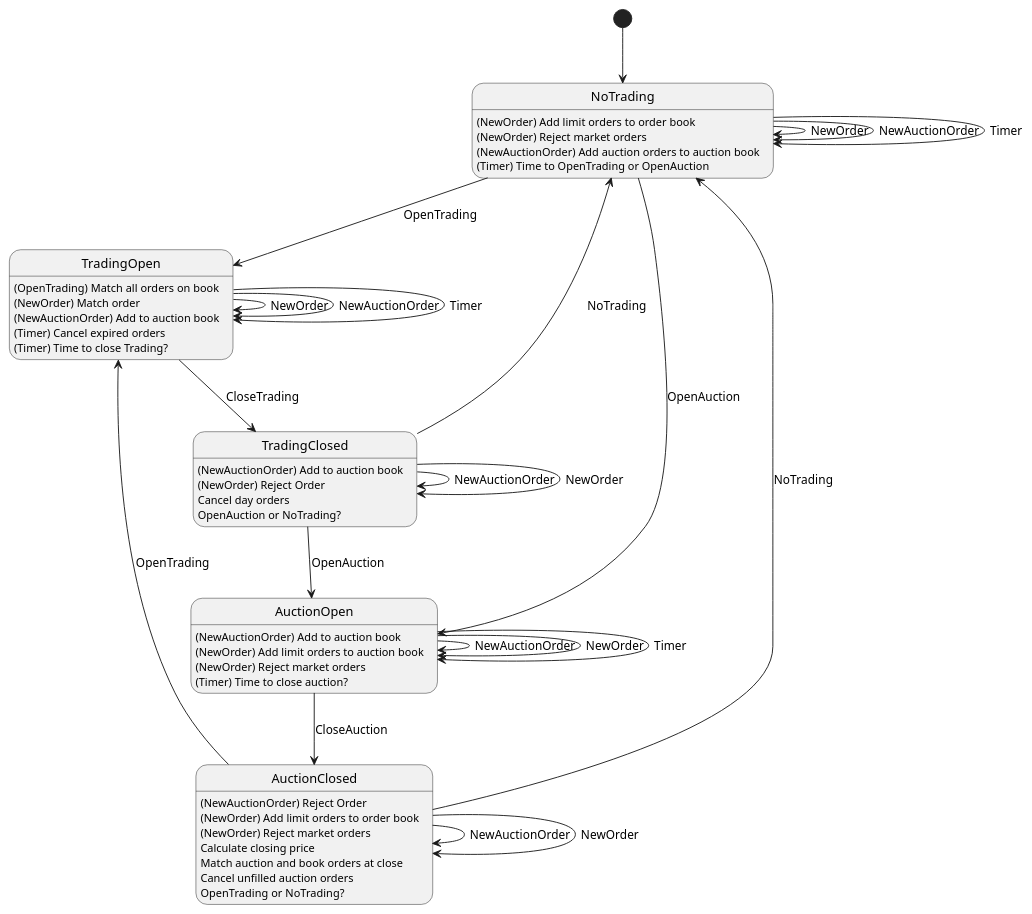
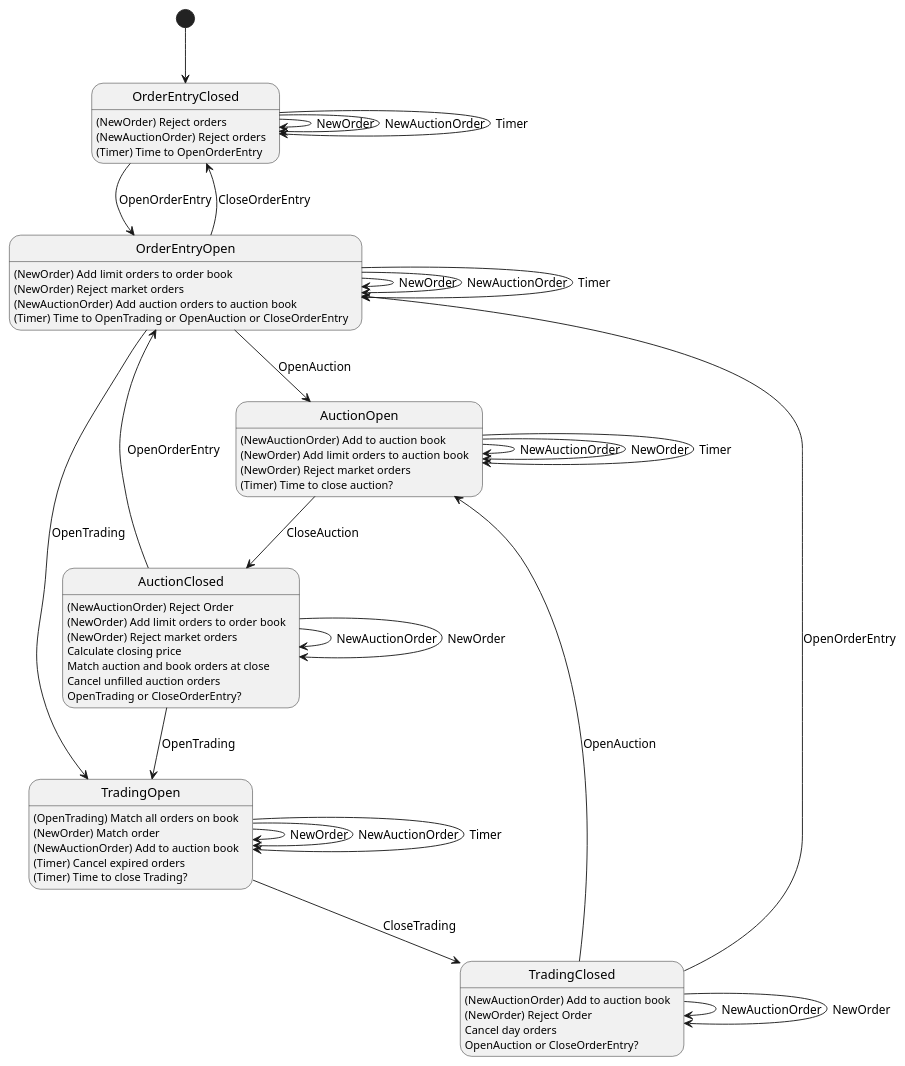
One commit to systematicmethods/orderbook changed the diagram in doc/OrderBook State.puml. Above: the diagram before and after it, drawn with PlantUML. The commit also changed 9 other files, not shown here.

Commit message:
feat: all trading closed and order entry open states

```diff
--- a/doc/OrderBook State.puml
+++ b/doc/OrderBook State.puml
@@ -1,53 +1,63 @@
 @startuml
-[*] --> NoTrading
-NoTrading --> TradingOpen: OpenTrading
-NoTrading --> AuctionOpen: OpenAuction
-NoTrading --> NoTrading: NewOrder
-NoTrading --> NoTrading: NewAuctionOrder
-NoTrading --> NoTrading: Timer
-NoTrading: (NewOrder) Add limit orders to order book
-NoTrading: (NewOrder) Reject market orders
-NoTrading: (NewAuctionOrder) Add auction orders to auction book
-NoTrading: (Timer) Time to OpenTrading or OpenAuction
+[*] --> OrderEntryClosed
+OrderEntryClosed --> OrderEntryOpen : OpenOrderEntry
+OrderEntryClosed --> OrderEntryClosed: NewOrder
+OrderEntryClosed --> OrderEntryClosed: NewAuctionOrder
+OrderEntryClosed --> OrderEntryClosed: Timer
+OrderEntryClosed: (NewOrder) Reject orders
+OrderEntryClosed: (NewAuctionOrder) Reject orders
+OrderEntryClosed: (Timer) Time to OpenOrderEntry
+
+
+OrderEntryOpen --> TradingOpen: OpenTrading
+OrderEntryOpen --> AuctionOpen: OpenAuction
+OrderEntryOpen --> OrderEntryClosed: CloseOrderEntry
+OrderEntryOpen --> OrderEntryOpen: NewOrder
+OrderEntryOpen --> OrderEntryOpen: NewAuctionOrder
+OrderEntryOpen --> OrderEntryOpen: Timer
+OrderEntryOpen: (NewOrder) Add limit orders to order book
+OrderEntryOpen: (NewOrder) Reject market orders
+OrderEntryOpen: (NewAuctionOrder) Add auction orders to auction book
+OrderEntryOpen: (Timer) Time to OpenTrading or OpenAuction or CloseOrderEntry
 
 TradingOpen --> TradingOpen: NewOrder
 TradingOpen --> TradingOpen: NewAuctionOrder
 TradingOpen --> TradingOpen: Timer
 TradingOpen --> TradingClosed: CloseTrading
 TradingOpen: (OpenTrading) Match all orders on book
 TradingOpen: (NewOrder) Match order
 TradingOpen: (NewAuctionOrder) Add to auction book
 TradingOpen: (Timer) Cancel expired orders
 TradingOpen: (Timer) Time to close Trading?
 
 AuctionOpen --> AuctionClosed: CloseAuction
 AuctionOpen --> AuctionOpen: NewAuctionOrder
 AuctionOpen --> AuctionOpen: NewOrder
 AuctionOpen --> AuctionOpen: Timer
 AuctionOpen: (NewAuctionOrder) Add to auction book
 AuctionOpen: (NewOrder) Add limit orders to auction book
 AuctionOpen: (NewOrder) Reject market orders
 AuctionOpen: (Timer) Time to close auction?
 
-AuctionClosed --> NoTrading: NoTrading
+AuctionClosed --> OrderEntryOpen: OpenOrderEntry
 AuctionClosed --> TradingOpen: OpenTrading
 AuctionClosed --> AuctionClosed: NewAuctionOrder
 AuctionClosed --> AuctionClosed: NewOrder
 AuctionClosed: (NewAuctionOrder) Reject Order
 AuctionClosed: (NewOrder) Add limit orders to order book
 AuctionClosed: (NewOrder) Reject market orders
 AuctionClosed: Calculate closing price
 AuctionClosed: Match auction and book orders at close
 AuctionClosed: Cancel unfilled auction orders
-AuctionClosed: OpenTrading or NoTrading?
+AuctionClosed: OpenTrading or CloseOrderEntry?
 
-TradingClosed --> NoTrading: NoTrading
+TradingClosed --> OrderEntryOpen: OpenOrderEntry
 TradingClosed --> AuctionOpen: OpenAuction
 TradingClosed --> TradingClosed: NewAuctionOrder
 TradingClosed --> TradingClosed: NewOrder
 TradingClosed: (NewAuctionOrder) Add to auction book
 TradingClosed: (NewOrder) Reject Order
 TradingClosed: Cancel day orders
-TradingClosed: OpenAuction or NoTrading?
+TradingClosed: OpenAuction or CloseOrderEntry?
 
 @enduml
```
